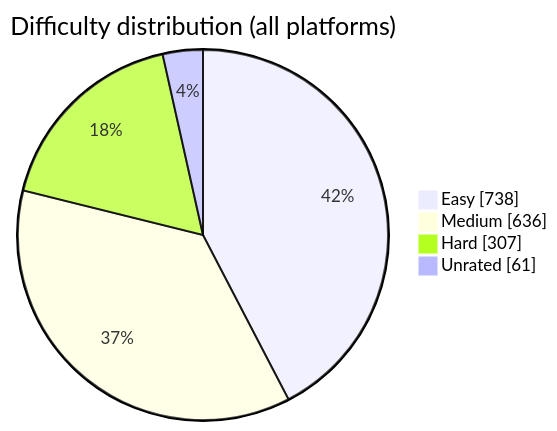
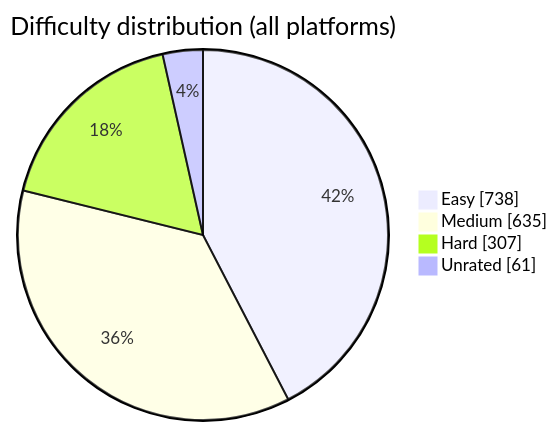
One commit to BuildbyArindam/Daily-Coding-Log changed the diagram in README.md. Above: the diagram before and after it, drawn with Mermaid. The commit also changed other lines of this file, not shown here.

````diff
--- a/README.md
+++ b/README.md
@@ -93,7 +93,7 @@
 ```mermaid
 pie showData title Difficulty distribution (all platforms)
     "Easy" : 738
-    "Medium" : 636
+    "Medium" : 635
     "Hard" : 307
     "Unrated" : 61
 ```
````
